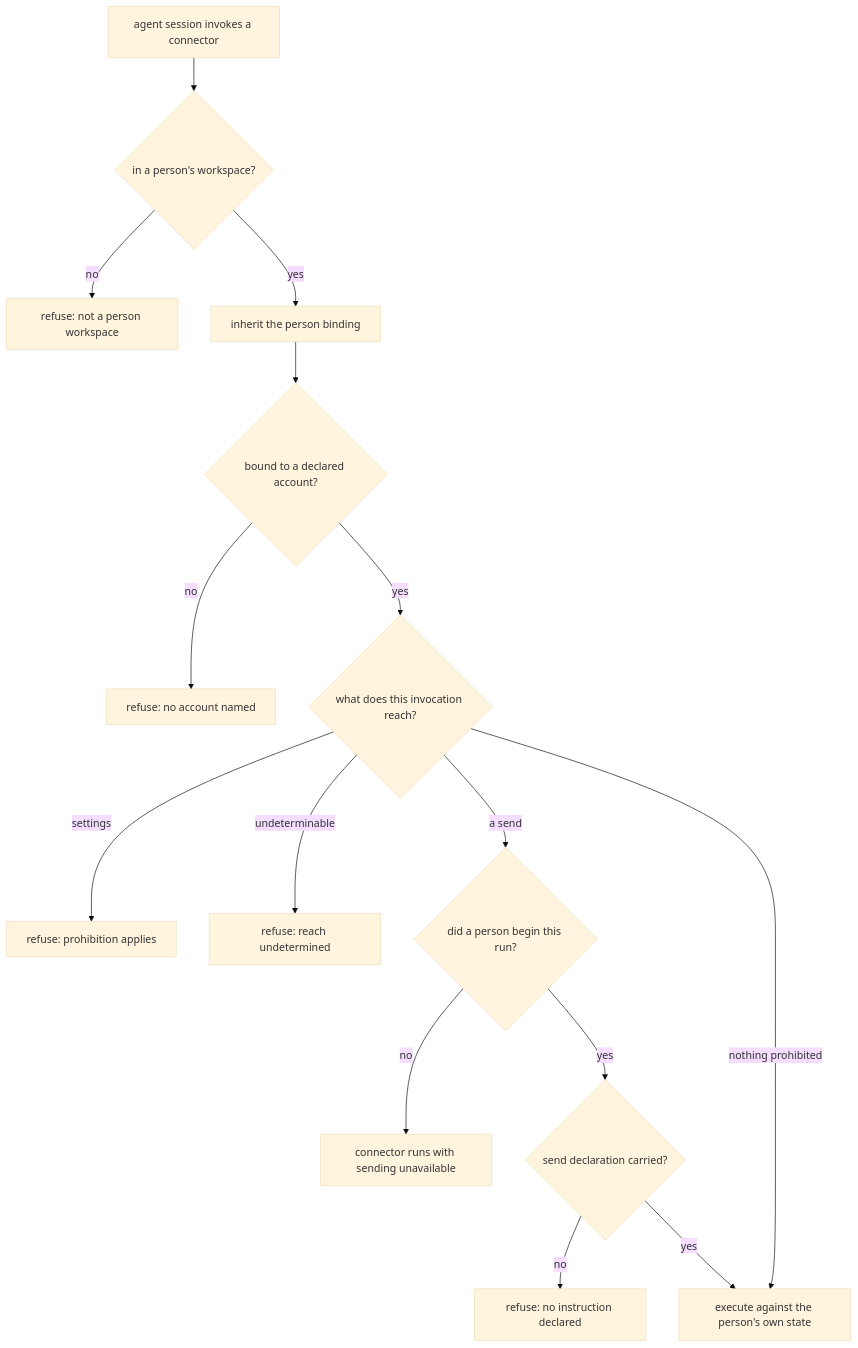
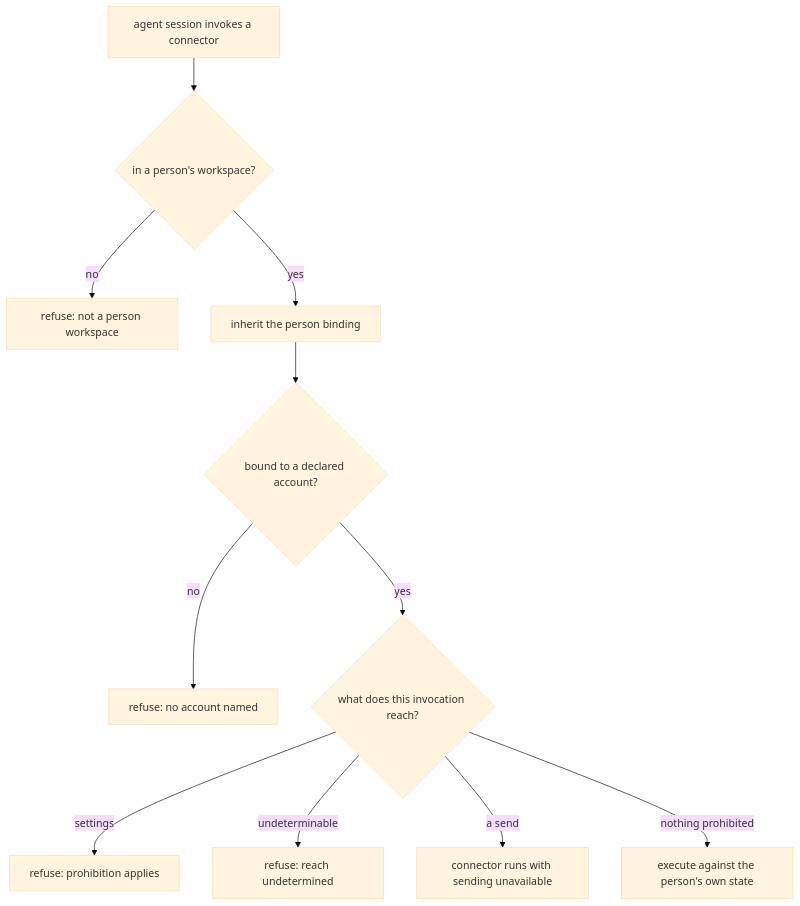
One commit to InstruktAI/TeleClaude changed the diagram in docs/project/design/architecture/assistant-connector-boundary.md. Above: the diagram before and after it, drawn with Mermaid (base theme). The commit also changed other lines of this file and 2 other files, not shown here.

First line of the commit message:
docs(architecture,integration,personal): withhold sending and record the missing fact rather than inferring one

````diff
--- a/docs/project/design/architecture/assistant-connector-boundary.md
+++ b/docs/project/design/architecture/assistant-connector-boundary.md
@@ -174,17 +156,13 @@
 ```mermaid
 flowchart TD
     A[agent session invokes a connector] --> B{in a person's workspace?}
     B -- no --> R0[refuse: not a person workspace]
     B -- yes --> C[inherit the person binding]
     C --> D{bound to a declared account?}
     D -- no --> R1[refuse: no account named]
     D -- yes --> E{what does this invocation reach?}
     E -- settings --> R2[refuse: prohibition applies]
     E -- undeterminable --> R3[refuse: reach undetermined]
-    E -- a send --> F{did a person begin this run?}
-    F -- no --> R4[connector runs with sending unavailable]
-    F -- yes --> H{send declaration carried?}
-    H -- no --> R5[refuse: no instruction declared]
-    H -- yes --> G
+    E -- a send --> R4[connector runs with sending unavailable]
     E -- nothing prohibited --> G[execute against the person's own state]
 ```
````
